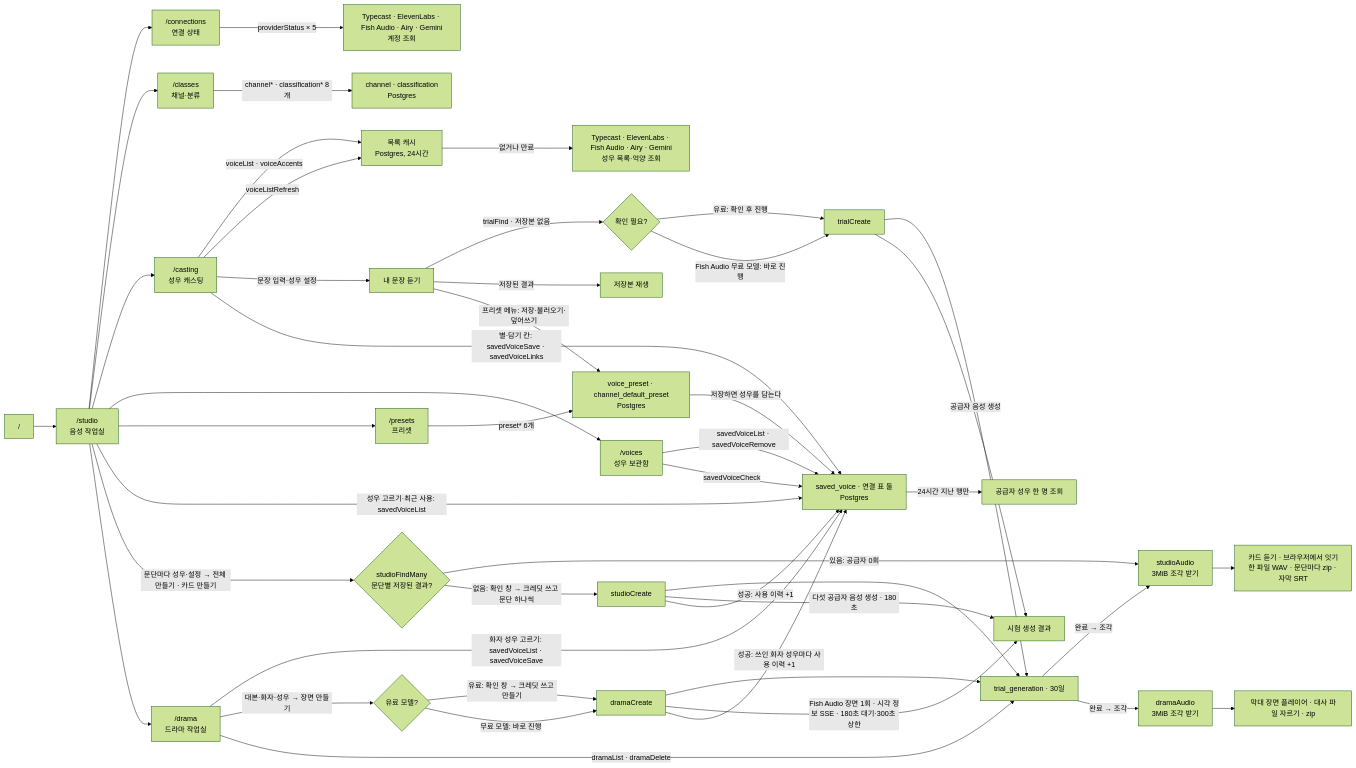
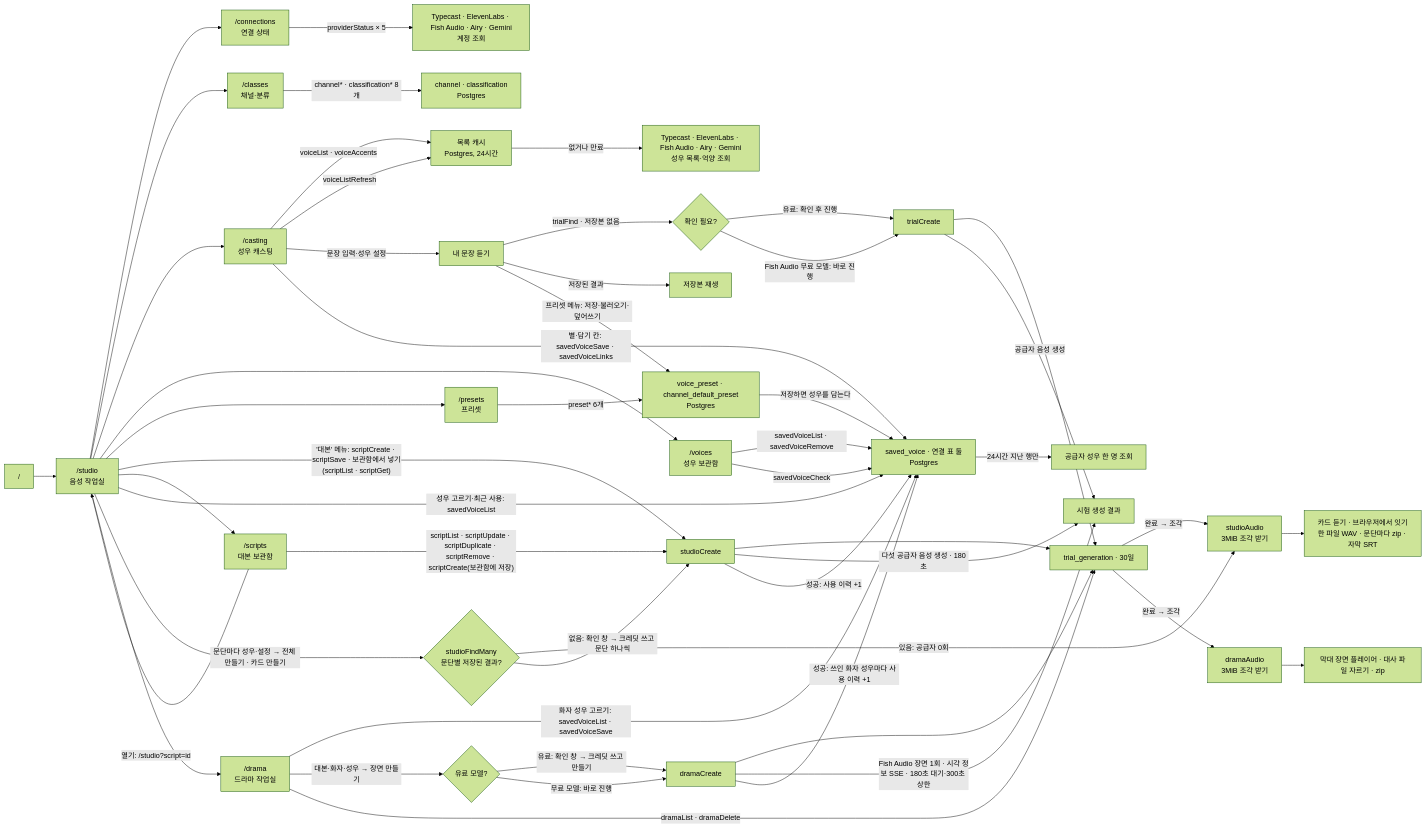
The diagram in docs/domain/project.md (roadkwonai/omni-ai-tts), drawn with Mermaid (forest theme) before and after one commit. The commit also changed other lines of this file and 55 other files, not shown here.

````diff
--- a/docs/domain/project.md
+++ b/docs/domain/project.md
@@ -18,48 +18,52 @@
 ```mermaid
 flowchart LR
   R["/"] --> S["/studio<br/>음성 작업실"]
   S --> C["/connections<br/>연결 상태"]
   C -->|providerStatus × 5| P["Typecast · ElevenLabs · Fish Audio · Airy · Gemini<br/>계정 조회"]
   S --> CL["/classes<br/>채널·분류"]
   CL -->|"channel* · classification* 8개"| CD["channel · classification<br/>Postgres"]
   S --> V["/casting<br/>성우 캐스팅"]
   V -->|"voiceList · voiceAccents"| K["목록 캐시<br/>Postgres, 24시간"]
   K -->|"없거나 만료"| L["Typecast · ElevenLabs · Fish Audio · Airy · Gemini<br/>성우 목록·억양 조회"]
   V -->|voiceListRefresh| K
   V -->|문장 입력·성우 설정| TF["내 문장 듣기"]
   TF -->|trialFind · 저장본 없음| TC{"확인 필요?"}
   TC -->|유료: 확인 후 진행| TCR["trialCreate"]
   TC -->|Fish Audio 무료 모델: 바로 진행| TCR
   TF -->|저장된 결과| TA["저장본 재생"]
   TCR --> TR["trial_generation · 30일"]
   TCR -->|공급자 음성 생성| TOUT["시험 생성 결과"]
   V -->|"별·담기 칸: savedVoiceSave · savedVoiceLinks"| SV["saved_voice · 연결 표 둘<br/>Postgres"]
   S --> LB["/voices<br/>성우 보관함"]
   LB -->|"savedVoiceList · savedVoiceRemove"| SV
   LB -->|savedVoiceCheck| SV
   SV -->|"24시간 지난 행만"| G["공급자 성우 한 명 조회"]
   S --> PR["/presets<br/>프리셋"]
   PR -->|"preset* 6개"| PD["voice_preset · channel_default_preset<br/>Postgres"]
   TF -->|"프리셋 메뉴: 저장·불러오기·덮어쓰기"| PD
   PD -->|"저장하면 성우를 담는다"| SV
+  S -->|"'대본' 메뉴: scriptCreate · scriptSave · 보관함에서 넣기(scriptList · scriptGet)"| SC["script · script_classification<br/>Postgres"]
+  S --> SL["/scripts<br/>대본 보관함"]
+  SL -->|"scriptList · scriptUpdate · scriptDuplicate · scriptRemove · scriptCreate(보관함에 저장)"| SC
+  SL -->|"열기: /studio?script=id"| S
   S -->|"성우 고르기·최근 사용: savedVoiceList"| SV
   S -->|"문단마다 성우·설정 → 전체 만들기 · 카드 만들기"| SF{"studioFindMany<br/>문단별 저장된 결과?"}
   SF -->|"있음: 공급자 0회"| SA["studioAudio<br/>3MiB 조각 받기"]
   SF -->|"없음: 확인 창 → 크레딧 쓰고 문단 하나씩"| SC["studioCreate"]
   SC --> TR
   SC -->|"다섯 공급자 음성 생성 · 180초"| TOUT
   SC -->|"성공: 사용 이력 +1"| SV
   TR -->|"완료 → 조각"| SA
   SA --> SP["카드 듣기 · 브라우저에서 잇기<br/>한 파일 WAV · 문단마다 zip · 자막 SRT"]
   S --> DR["/drama<br/>드라마 작업실"]
   DR -->|"화자 성우 고르기: savedVoiceList · savedVoiceSave"| SV
   DR -->|"대본·화자·성우 → 장면 만들기"| DF{"유료 모델?"}
   DF -->|"유료: 확인 창 → 크레딧 쓰고 만들기"| DC["dramaCreate"]
   DF -->|"무료 모델: 바로 진행"| DC
   DC --> TR
   DC -->|"Fish Audio 장면 1회 · 시각 정보 SSE · 180초 대기·300초 상한"| TOUT
   DC -->|"성공: 쓰인 화자 성우마다 사용 이력 +1"| SV
   TR -->|"완료 → 조각"| DA["dramaAudio<br/>3MiB 조각 받기"]
   DA --> DP["막대 장면 플레이어 · 대사 파일 자르기 · zip"]
   DR -->|"dramaList · dramaDelete"| TR
 ```
````
